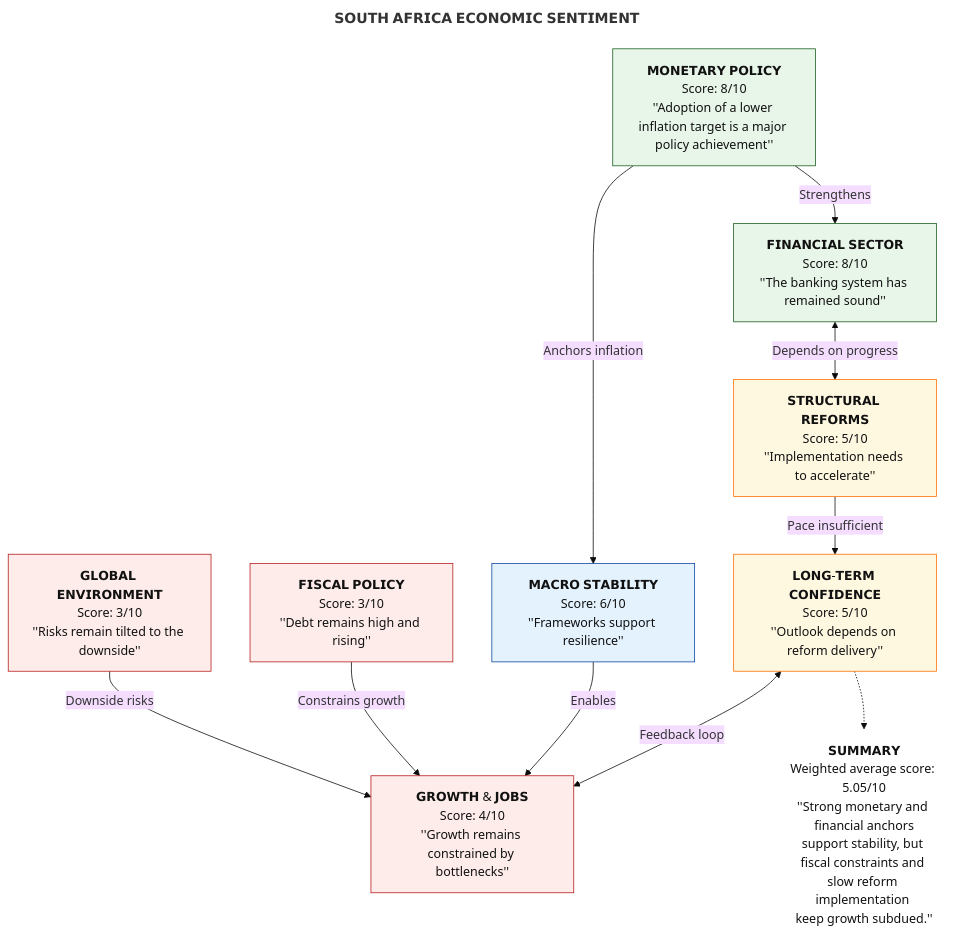
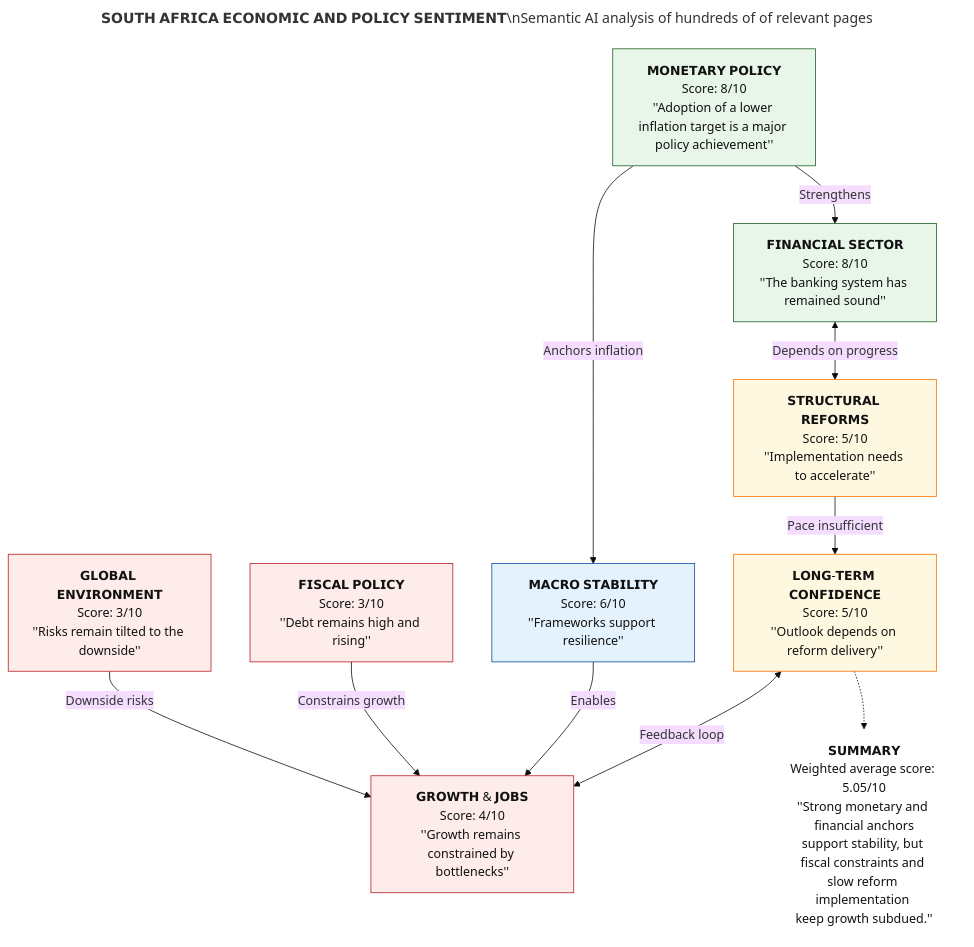
Before and after one commit to Tellusant/docs: the first of 2 diagrams in articles-posts/economic-sentiment-zaf.md, drawn with Mermaid (base theme). The commit also changed other lines of this file, not shown here.

```diff
--- a/articles-posts/economic-sentiment-zaf.md
+++ b/articles-posts/economic-sentiment-zaf.md
@@ -12,42 +12,42 @@
 <div class="mermaid">
 ---
-title: 𝗦𝗢𝗨𝗧𝗛 𝗔𝗙𝗥𝗜𝗖𝗔 𝗘𝗖𝗢𝗡𝗢𝗠𝗜𝗖 𝗦𝗘𝗡𝗧𝗜𝗠𝗘𝗡𝗧
+title: 𝗦𝗢𝗨𝗧𝗛 𝗔𝗙𝗥𝗜𝗖𝗔 𝗘𝗖𝗢𝗡𝗢𝗠𝗜𝗖 𝗔𝗡𝗗 𝗣𝗢𝗟𝗜𝗖𝗬 𝗦𝗘𝗡𝗧𝗜𝗠𝗘𝗡𝗧\nSemantic AI analysis of hundreds of of relevant pages
 ---
 flowchart TD
 
 %% ========= NODES =========
 GE["𝗚𝗟𝗢𝗕𝗔𝗟 𝗘𝗡𝗩𝗜𝗥𝗢𝗡𝗠𝗘𝗡𝗧\nScore: 3/10\n''Risks remain tilted to the downside''"]:::risk
 FP["𝗙𝗜𝗦𝗖𝗔𝗟 𝗣𝗢𝗟𝗜𝗖𝗬\nScore: 3/10\n''Debt remains high and rising''"]:::risk
 GJ["𝗚𝗥𝗢𝗪𝗧𝗛 & 𝗝𝗢𝗕𝗦\nScore: 4/10\n''Growth remains constrained by bottlenecks''"]:::risk
 MP["𝗠𝗢𝗡𝗘𝗧𝗔𝗥𝗬 𝗣𝗢𝗟𝗜𝗖𝗬\nScore: 8/10\n''Adoption of a lower inflation target is a major policy achievement''"]:::strong
 MS["𝗠𝗔𝗖𝗥𝗢 𝗦𝗧𝗔𝗕𝗜𝗟𝗜𝗧𝗬\nScore: 6/10\n''Frameworks support resilience''"]:::neutral
 FS["𝗙𝗜𝗡𝗔𝗡𝗖𝗜𝗔𝗟 𝗦𝗘𝗖𝗧𝗢𝗥\nScore: 8/10\n''The banking system has remained sound''"]:::strong
 SR["𝗦𝗧𝗥𝗨𝗖𝗧𝗨𝗥𝗔𝗟 𝗥𝗘𝗙𝗢𝗥𝗠𝗦\nScore: 5/10\n''Implementation needs to accelerate''"]:::mixed
 LC["𝗟𝗢𝗡𝗚-𝗧𝗘𝗥𝗠 𝗖𝗢𝗡𝗙𝗜𝗗𝗘𝗡𝗖𝗘\nScore: 5/10\n''Outlook depends on reform delivery''"]:::mixed
 
 %% ========= RELATIONSHIPS =========
 GE -->|Downside risks| GJ
 FP -->|Constrains growth| GJ
 MP -->|Anchors inflation| MS
 MS -->|Enables| GJ
 MP -->|Strengthens| FS
 FS <-->|Depends on progress| SR
 SR -->|Pace insufficient| LC
 LC <-->|Feedback loop| GJ
 
 %% ========= INVISIBLE LAYOUT CONTROL =========
 ANCHOR[" "]:::anchor
 
 %% ========= SUMMARY (FORCED BELOW, NO VISIBLE ARROWS) =========
 SUM["𝗦𝗨𝗠𝗠𝗔𝗥𝗬\nWeighted average score: 5.05/10\n''Strong monetary and financial anchors\nsupport stability, but fiscal constraints and \nslow reform implementation \nkeep growth subdued.''"]:::summary
 LC -.-> SUM:::anchor
 
 %% ========= STYLES =========
 classDef strong  fill:#E8F5E9,stroke:#1B5E20,stroke-width:1px,color:#111;
 classDef neutral fill:#E3F2FD,stroke:#0D47A1,stroke-width:1px,color:#111;
 classDef mixed   fill:#FFF8E1,stroke:#FF6F00,stroke-width:1px,color:#111;
 classDef risk    fill:#FDECEA,stroke:#B71C1C,stroke-width:1px,color:#111;
 classDef summary fill:#F5F5F5,stroke:#424242,stroke-width:1px,color:#111;
 classDef anchor fill:transparent,stroke:transparent;
 
 </div>
```
